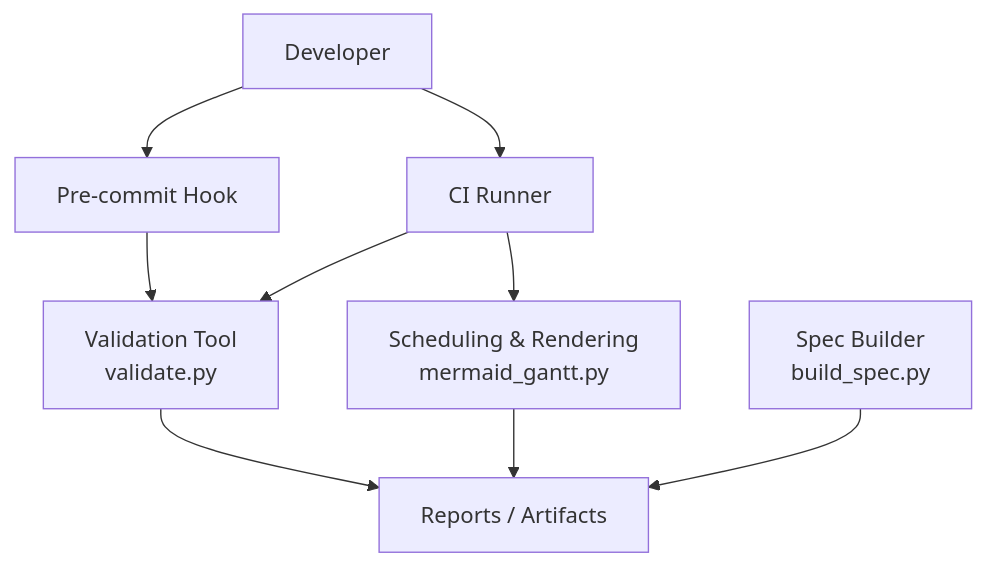
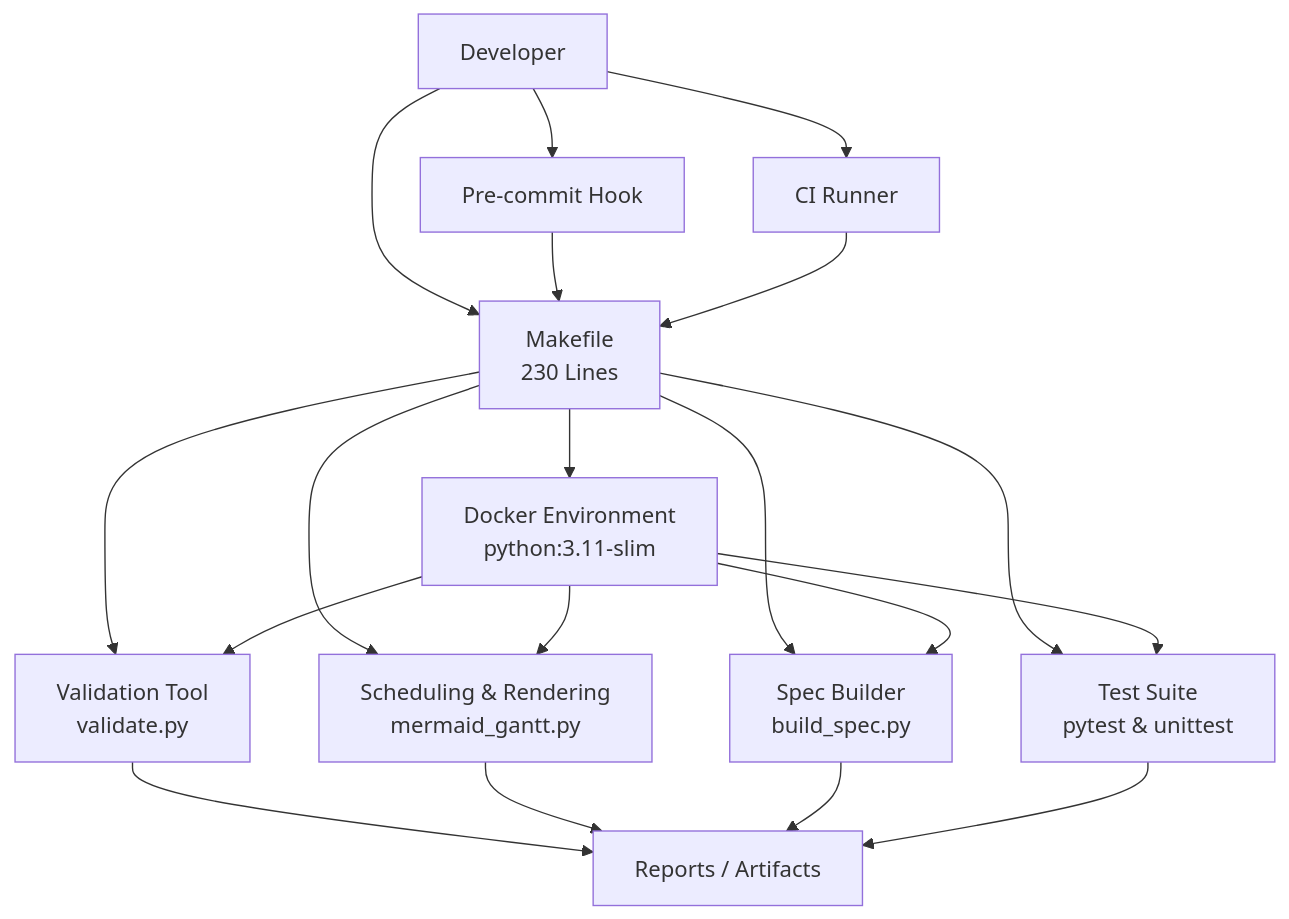
One commit to asukhodko/opskarta changed the second of 8 diagrams in .qoder/repowiki/en/content/Integration Guide/Workflow Automation.md. Above: the diagram before and after it, drawn with Mermaid. The commit also changed other lines of this file and 5 other files, not shown here.

````diff
--- a/.qoder/repowiki/en/content/Integration Guide/Workflow Automation.md
+++ b/.qoder/repowiki/en/content/Integration Guide/Workflow Automation.md
@@ -145,18 +188,31 @@
 ```mermaid
 graph TB
 Dev["Developer"]
 PC["Pre-commit Hook"]
 CI["CI Runner"]
+MK["Makefile<br/>230 Lines"]
 VAL["Validation Tool<br/>validate.py"]
 SCH["Scheduling & Rendering<br/>mermaid_gantt.py"]
 OUT["Reports / Artifacts"]
 SPEC["Spec Builder<br/>build_spec.py"]
+TEST["Test Suite<br/>pytest & unittest"]
+DOCKER["Docker Environment<br/>python:3.11-slim"]
+Dev --> MK
 Dev --> PC
 Dev --> CI
-PC --> VAL
-CI --> VAL
-CI --> SCH
+PC --> MK
+CI --> MK
+MK --> VAL
+MK --> SCH
+MK --> SPEC
+MK --> TEST
+MK --> DOCKER
 VAL --> OUT
 SCH --> OUT
 SPEC --> OUT
+TEST --> OUT
+DOCKER --> VAL
+DOCKER --> SCH
+DOCKER --> SPEC
+DOCKER --> TEST
 ```
````
